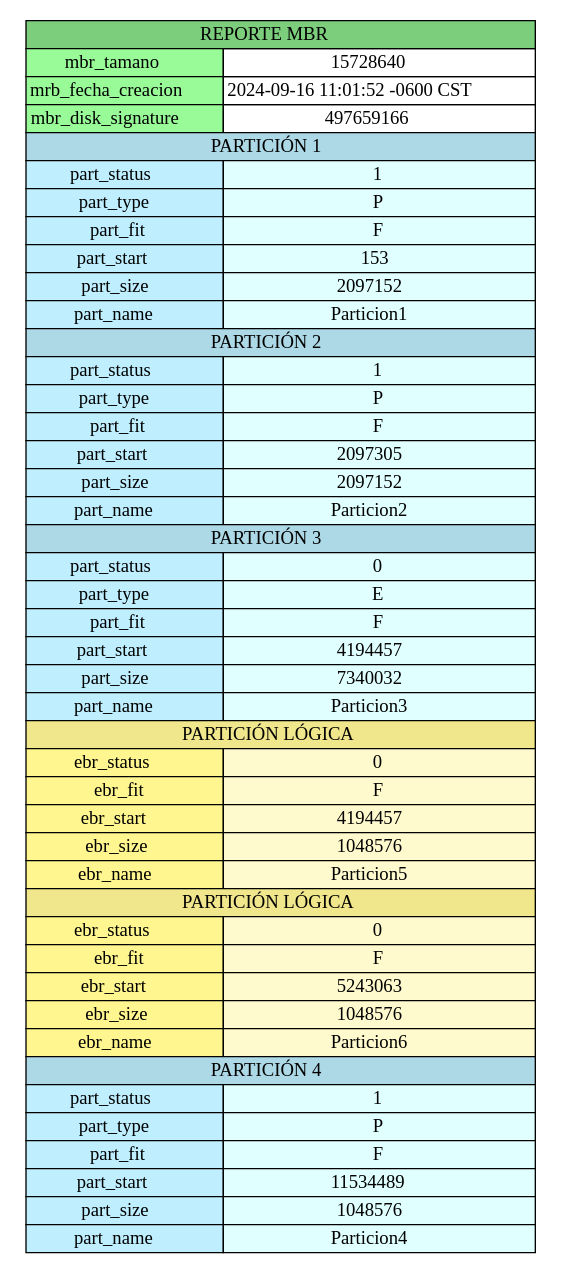
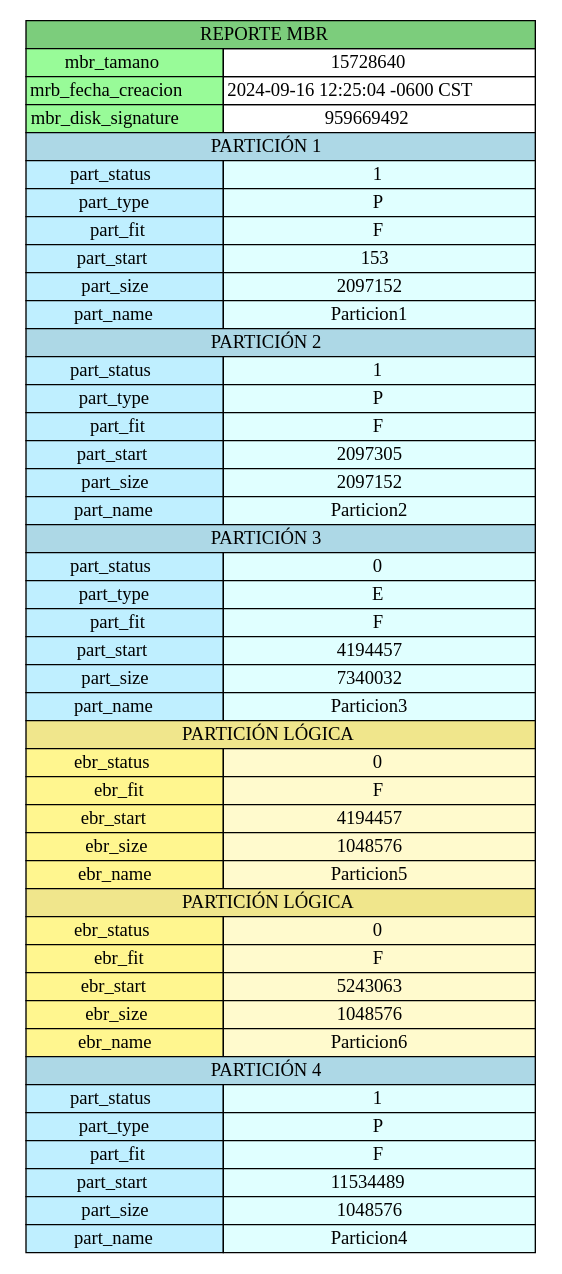
One commit to MMP119/MIA_2S_P1_202110509 changed the diagram in server/output/mbr1.dot. Above: the diagram before and after it, drawn with Graphviz. The commit also changed 12 other files, not shown here.

```diff
--- a/server/output/mbr1.dot
+++ b/server/output/mbr1.dot
@@ -1,55 +1,55 @@
 digraph G {
         node [shape=plaintext]
         tabla [label=<
             <table border="0" cellborder="1" cellspacing="0">
                 <tr><td colspan="2" bgcolor="palegreen3"> REPORTE MBR </td></tr>
                 <tr><td bgcolor ="palegreen">mbr_tamano</td><td>15728640</td></tr>
-                <tr><td bgcolor ="palegreen">mrb_fecha_creacion</td><td>2024-09-16 11:01:52 -0600 CST</td></tr>
-                <tr><td bgcolor ="palegreen">mbr_disk_signature</td><td>497659166</td></tr>
+                <tr><td bgcolor ="palegreen">mrb_fecha_creacion</td><td>2024-09-16 12:25:04 -0600 CST</td></tr>
+                <tr><td bgcolor ="palegreen">mbr_disk_signature</td><td>959669492</td></tr>
             
 				<tr><td colspan="2" bgcolor = "lightblue"> PARTICIÓN 1 </td></tr>
 				<tr><td bgcolor = "lightblue1">part_status</td><td bgcolor = "lightcyan">1</td></tr>
 				<tr><td bgcolor = "lightblue1">part_type</td><td bgcolor = "lightcyan">P</td></tr>
 				<tr><td bgcolor = "lightblue1">part_fit</td><td bgcolor = "lightcyan">F</td></tr>
 				<tr><td bgcolor = "lightblue1">part_start</td><td bgcolor = "lightcyan">153</td></tr>
 				<tr><td bgcolor = "lightblue1">part_size</td><td bgcolor = "lightcyan">2097152</td></tr>
 				<tr><td bgcolor = "lightblue1">part_name</td><td bgcolor = "lightcyan">Particion1</td></tr>
 			
 				<tr><td colspan="2" bgcolor = "lightblue"> PARTICIÓN 2 </td></tr>
 				<tr><td bgcolor = "lightblue1">part_status</td><td bgcolor = "lightcyan">1</td></tr>
 				<tr><td bgcolor = "lightblue1">part_type</td><td bgcolor = "lightcyan">P</td></tr>
 				<tr><td bgcolor = "lightblue1">part_fit</td><td bgcolor = "lightcyan">F</td></tr>
 				<tr><td bgcolor = "lightblue1">part_start</td><td bgcolor = "lightcyan">2097305</td></tr>
 				<tr><td bgcolor = "lightblue1">part_size</td><td bgcolor = "lightcyan">2097152</td></tr>
 				<tr><td bgcolor = "lightblue1">part_name</td><td bgcolor = "lightcyan">Particion2</td></tr>
 			
 				<tr><td colspan="2" bgcolor = "lightblue"> PARTICIÓN 3 </td></tr>
 				<tr><td bgcolor = "lightblue1">part_status</td><td bgcolor = "lightcyan">0</td></tr>
 				<tr><td bgcolor = "lightblue1">part_type</td><td bgcolor = "lightcyan">E</td></tr>
 				<tr><td bgcolor = "lightblue1">part_fit</td><td bgcolor = "lightcyan">F</td></tr>
 				<tr><td bgcolor = "lightblue1">part_start</td><td bgcolor = "lightcyan">4194457</td></tr>
 				<tr><td bgcolor = "lightblue1">part_size</td><td bgcolor = "lightcyan">7340032</td></tr>
 				<tr><td bgcolor = "lightblue1">part_name</td><td bgcolor = "lightcyan">Particion3</td></tr>
 			
 					<tr><td colspan="2" bgcolor="khaki"> PARTICIÓN LÓGICA</td></tr>
 					<tr><td bgcolor="khaki1">ebr_status</td><td bgcolor="lemonchiffon">0</td></tr>
 					<tr><td bgcolor="khaki1">ebr_fit</td><td bgcolor="lemonchiffon">F</td></tr>
 					<tr><td bgcolor="khaki1">ebr_start</td><td bgcolor="lemonchiffon">4194457</td></tr>
 					<tr><td bgcolor="khaki1">ebr_size</td><td bgcolor="lemonchiffon">1048576</td></tr>
 					<tr><td bgcolor="khaki1">ebr_name</td><td bgcolor="lemonchiffon">Particion5</td></tr>
 				
 					<tr><td colspan="2" bgcolor="khaki"> PARTICIÓN LÓGICA</td></tr>
 					<tr><td bgcolor="khaki1">ebr_status</td><td bgcolor="lemonchiffon">0</td></tr>
 					<tr><td bgcolor="khaki1">ebr_fit</td><td bgcolor="lemonchiffon">F</td></tr>
 					<tr><td bgcolor="khaki1">ebr_start</td><td bgcolor="lemonchiffon">5243063</td></tr>
 					<tr><td bgcolor="khaki1">ebr_size</td><td bgcolor="lemonchiffon">1048576</td></tr>
 					<tr><td bgcolor="khaki1">ebr_name</td><td bgcolor="lemonchiffon">Particion6</td></tr>
 				
 				<tr><td colspan="2" bgcolor = "lightblue"> PARTICIÓN 4 </td></tr>
 				<tr><td bgcolor = "lightblue1">part_status</td><td bgcolor = "lightcyan">1</td></tr>
 				<tr><td bgcolor = "lightblue1">part_type</td><td bgcolor = "lightcyan">P</td></tr>
 				<tr><td bgcolor = "lightblue1">part_fit</td><td bgcolor = "lightcyan">F</td></tr>
 				<tr><td bgcolor = "lightblue1">part_start</td><td bgcolor = "lightcyan">11534489</td></tr>
 				<tr><td bgcolor = "lightblue1">part_size</td><td bgcolor = "lightcyan">1048576</td></tr>
 				<tr><td bgcolor = "lightblue1">part_name</td><td bgcolor = "lightcyan">Particion4</td></tr>
 			</table>>] }
```
